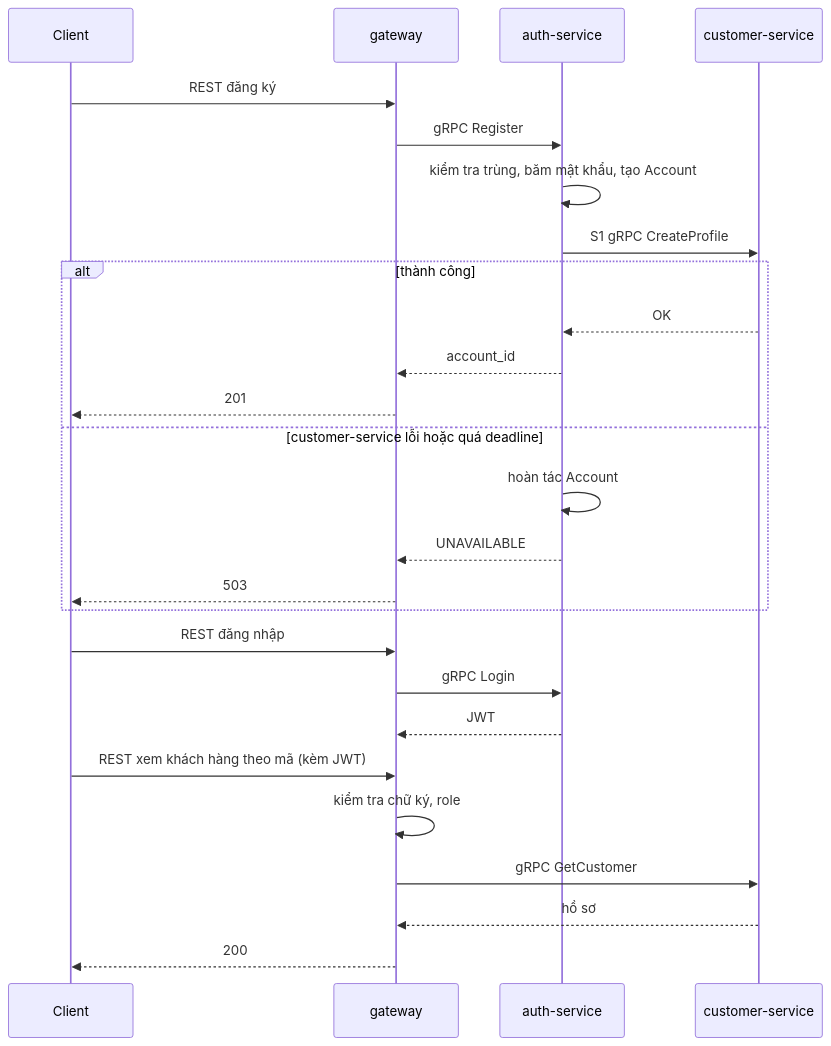
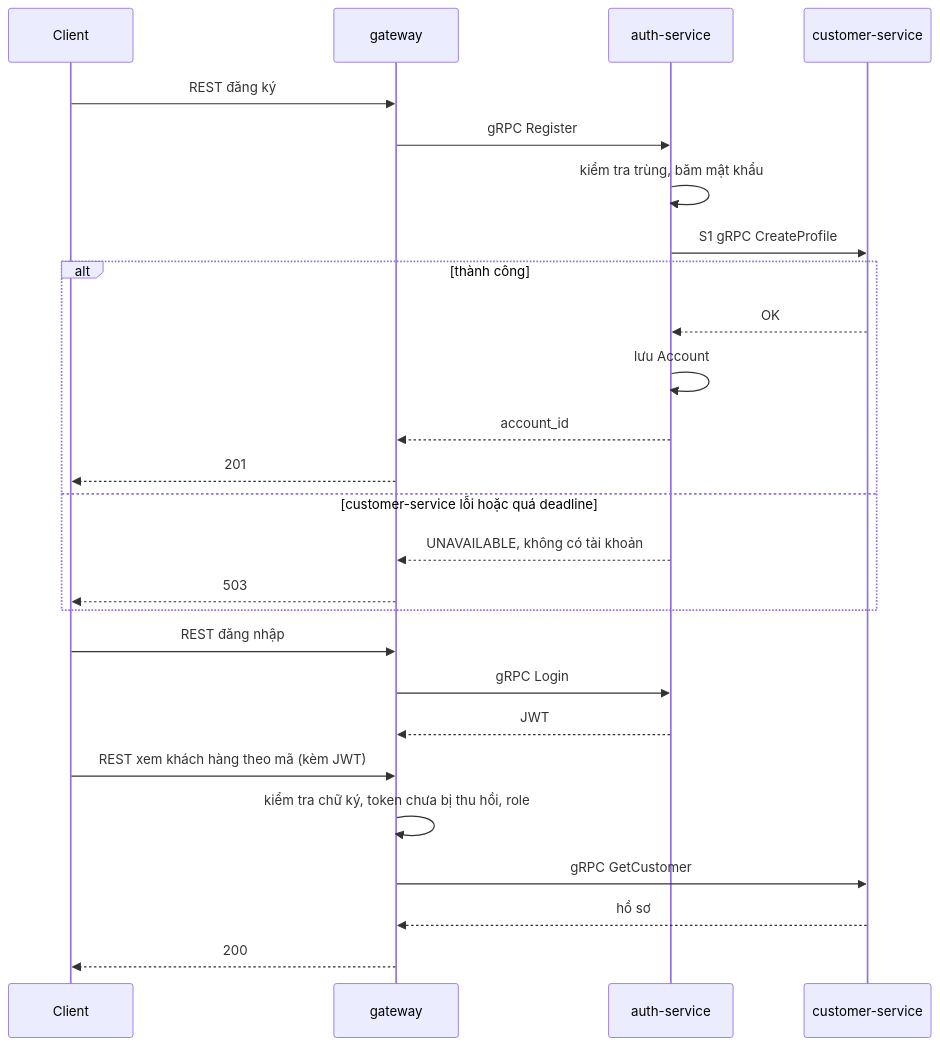
One commit to nghuuduc21/23699411_NguyenHuuDuc_CabSystem changed the second of 7 diagrams in docs/design/02-kien-truc-giao-tiep.md. Above: the diagram before and after it, drawn with Mermaid. The commit also changed other lines of this file and 13 other files, not shown here.

````diff
--- a/docs/design/02-kien-truc-giao-tiep.md
+++ b/docs/design/02-kien-truc-giao-tiep.md
@@ -282,29 +341,29 @@
 ```mermaid
 sequenceDiagram
   participant C as Client
   participant GW as gateway
   participant A as auth-service
   participant CU as customer-service
 
   C->>GW: REST đăng ký
   GW->>A: gRPC Register
-  A->>A: kiểm tra trùng, băm mật khẩu, tạo Account
+  A->>A: kiểm tra trùng, băm mật khẩu
   A->>CU: S1 gRPC CreateProfile
   alt thành công
     CU-->>A: OK
+    A->>A: lưu Account
     A-->>GW: account_id
     GW-->>C: 201
   else customer-service lỗi hoặc quá deadline
-    A->>A: hoàn tác Account
-    A-->>GW: UNAVAILABLE
+    A-->>GW: UNAVAILABLE, không có tài khoản
     GW-->>C: 503
   end
   C->>GW: REST đăng nhập
   GW->>A: gRPC Login
   A-->>GW: JWT
   C->>GW: REST xem khách hàng theo mã (kèm JWT)
-  GW->>GW: kiểm tra chữ ký, role
+  GW->>GW: kiểm tra chữ ký, token chưa bị thu hồi, role
   GW->>CU: gRPC GetCustomer
   CU-->>GW: hồ sơ
   GW-->>C: 200
 ```
````
